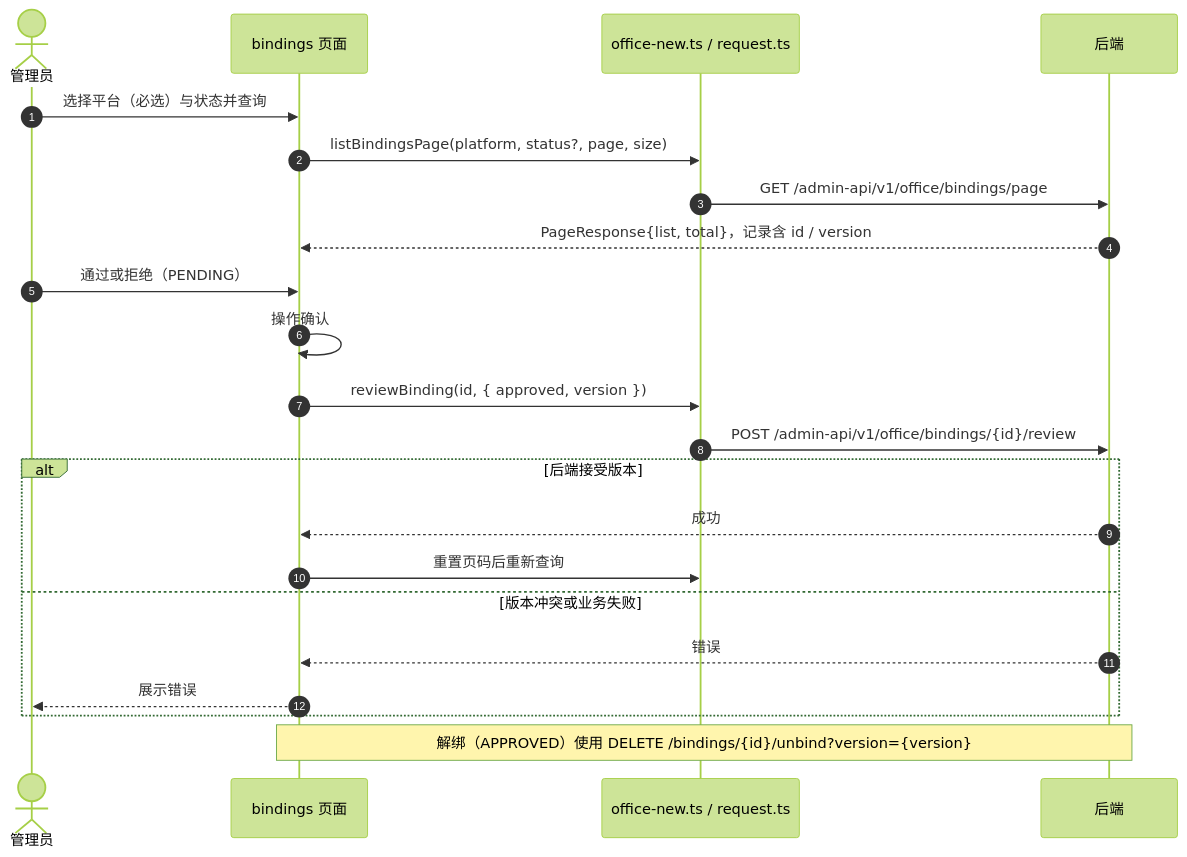
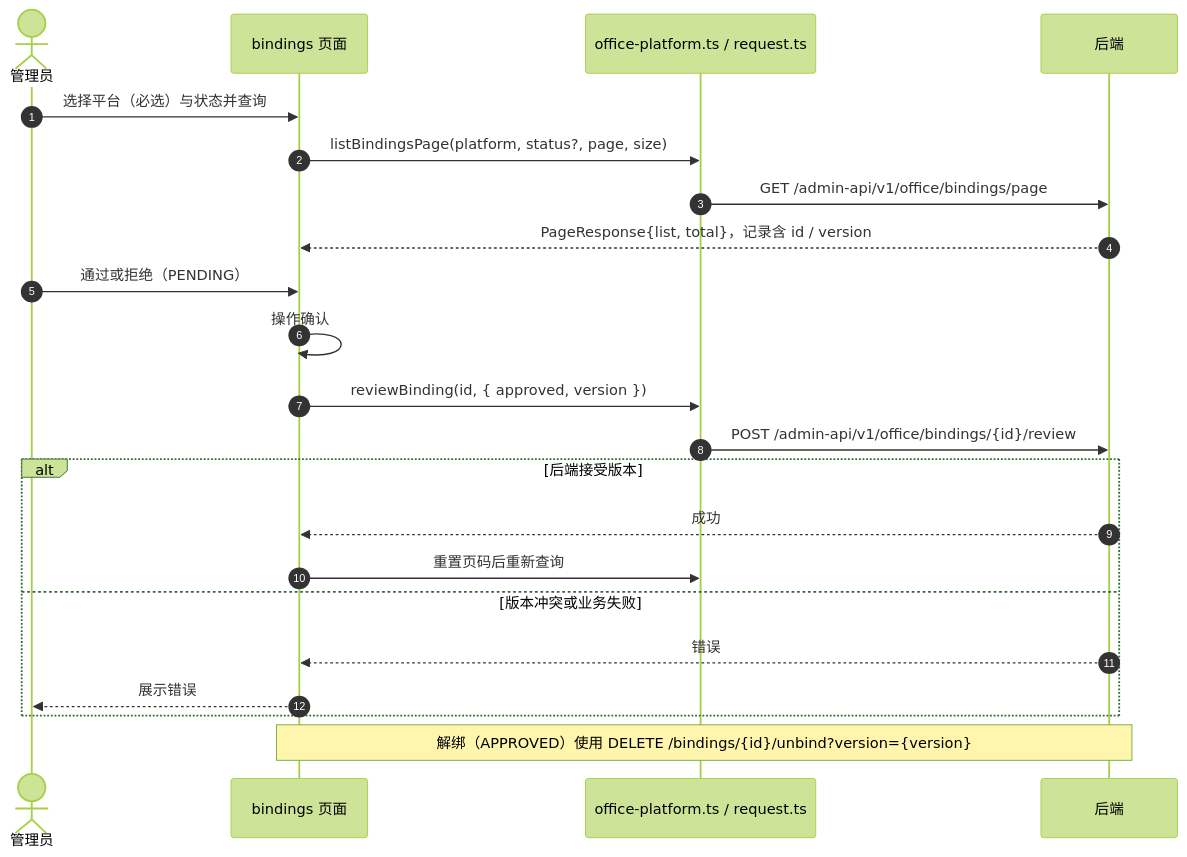
Before and after one commit to apex-cloud-service/apex-admin-web: diagram 11 of 15 in AGENTS.md, drawn with Mermaid (forest theme). The commit also changed other lines of this file and 50 other files, not shown here.

````diff
--- a/AGENTS.md
+++ b/AGENTS.md
@@ -443,24 +443,24 @@
 ```mermaid
 sequenceDiagram
     autonumber
     actor A as 管理员
     participant V as bindings 页面
-    participant API as office-new.ts / request.ts
+    participant API as office-platform.ts / request.ts
     participant B as 后端
     A->>V: 选择平台（必选）与状态并查询
     V->>API: listBindingsPage(platform, status?, page, size)
     API->>B: GET /admin-api/v1/office/bindings/page
     B-->>V: PageResponse{list, total}，记录含 id / version
     A->>V: 通过或拒绝（PENDING）
     V->>V: 操作确认
     V->>API: reviewBinding(id, { approved, version })
     API->>B: POST /admin-api/v1/office/bindings/{id}/review
     alt 后端接受版本
         B-->>V: 成功
         V->>API: 重置页码后重新查询
     else 版本冲突或业务失败
         B-->>V: 错误
         V-->>A: 展示错误
     end
     Note over V,B: 解绑（APPROVED）使用 DELETE /bindings/{id}/unbind?version={version}
 ```
````
